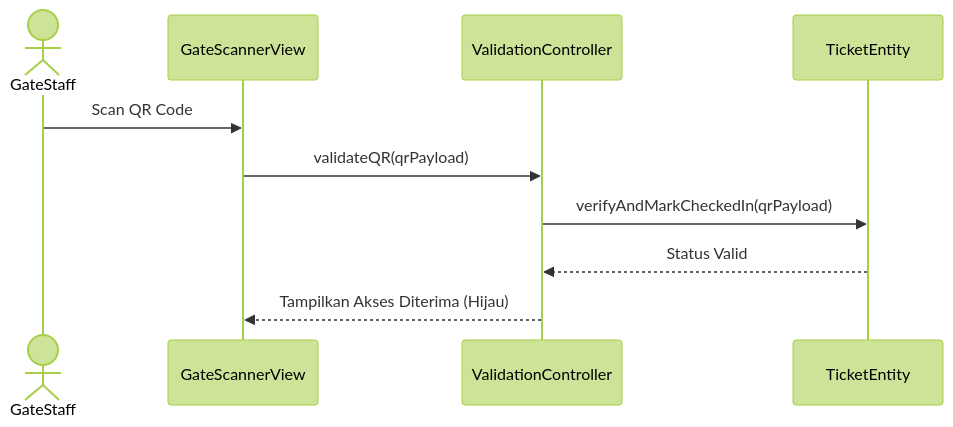
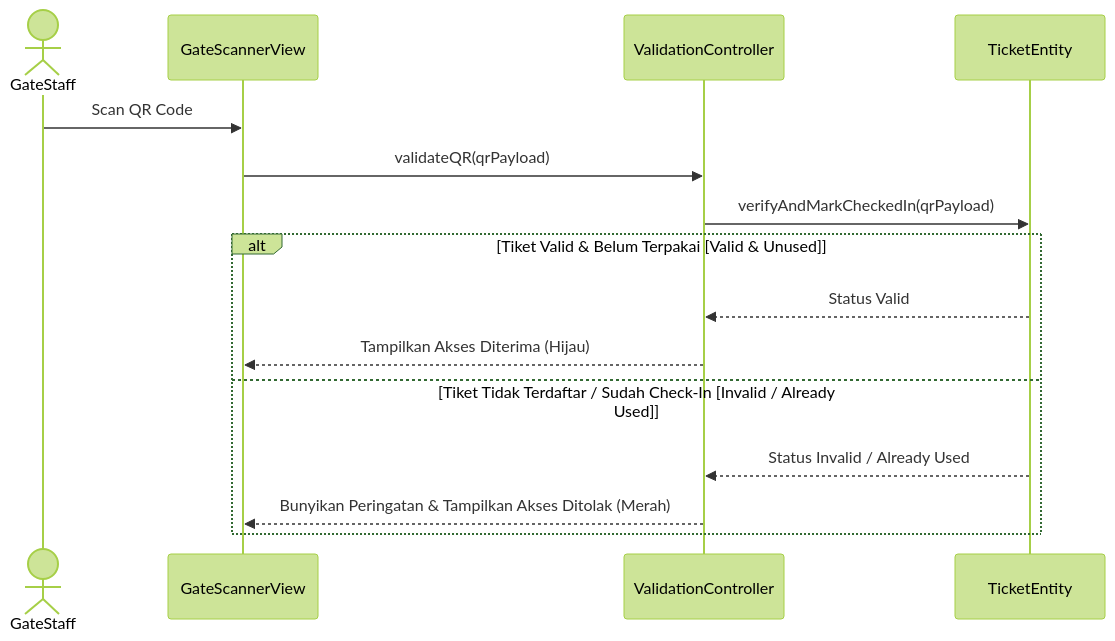
Before and after one commit to impal-kelompok-4/pos-tiket-standup: diagram 11 of 27 in docs/Tugas 1 - DPPL SISTEM PEMESANAN TIKET.md, drawn with Mermaid (forest theme). The commit also changed other lines of this file and 28 other files, not shown here.

````diff
--- a/docs/Tugas 1 - DPPL SISTEM PEMESANAN TIKET.md
+++ b/docs/Tugas 1 - DPPL SISTEM PEMESANAN TIKET.md
@@ -526,12 +546,17 @@
 ```mermaid
 sequenceDiagram
     actor GateStaff
     participant GateScannerView
     participant ValidationController
     participant TicketEntity
     GateStaff->>GateScannerView: Scan QR Code
     GateScannerView->>ValidationController: validateQR(qrPayload)
     ValidationController->>TicketEntity: verifyAndMarkCheckedIn(qrPayload)
-    TicketEntity-->>ValidationController: Status Valid
-    ValidationController-->>GateScannerView: Tampilkan Akses Diterima (Hijau)
+    alt Tiket Valid & Belum Terpakai [Valid & Unused]
+        TicketEntity-->>ValidationController: Status Valid
+        ValidationController-->>GateScannerView: Tampilkan Akses Diterima (Hijau)
+    else Tiket Tidak Terdaftar / Sudah Check-In [Invalid / Already Used]
+        TicketEntity-->>ValidationController: Status Invalid / Already Used
+        ValidationController-->>GateScannerView: Bunyikan Peringatan & Tampilkan Akses Ditolak (Merah)
+    end
 ```
````
